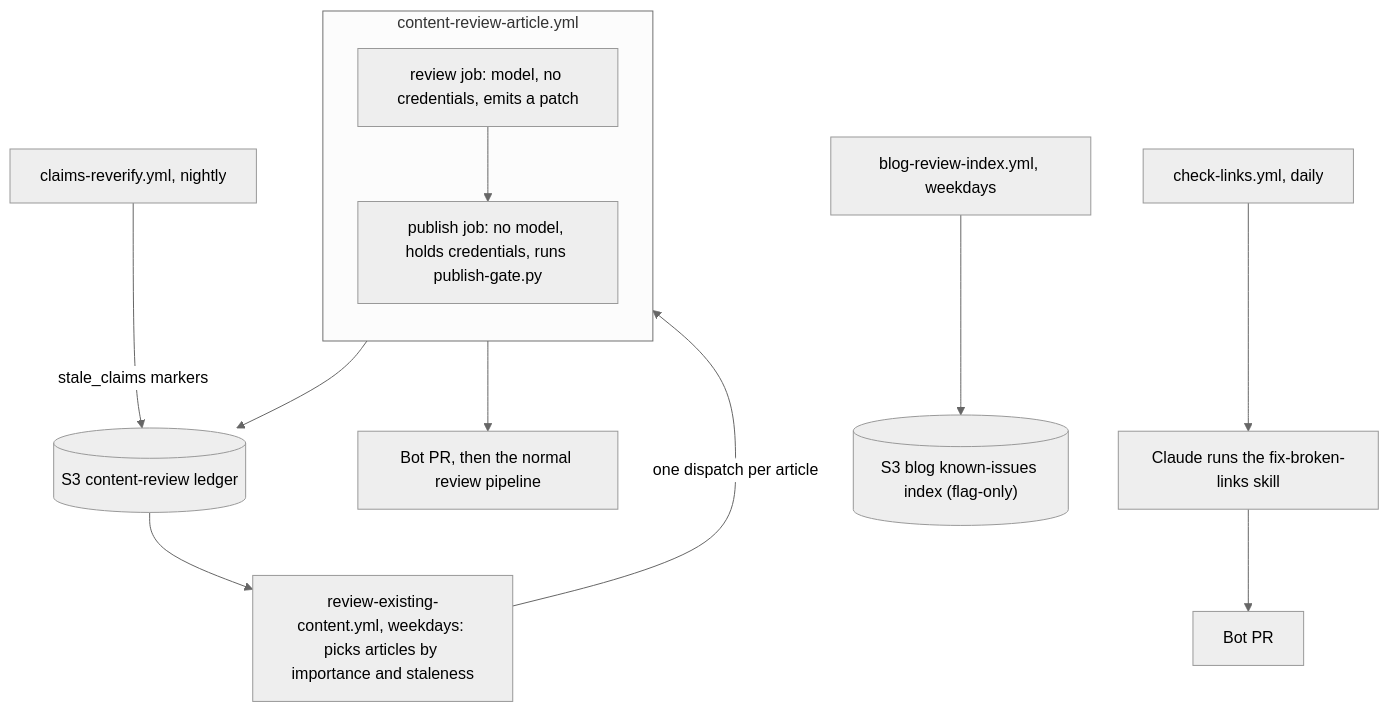
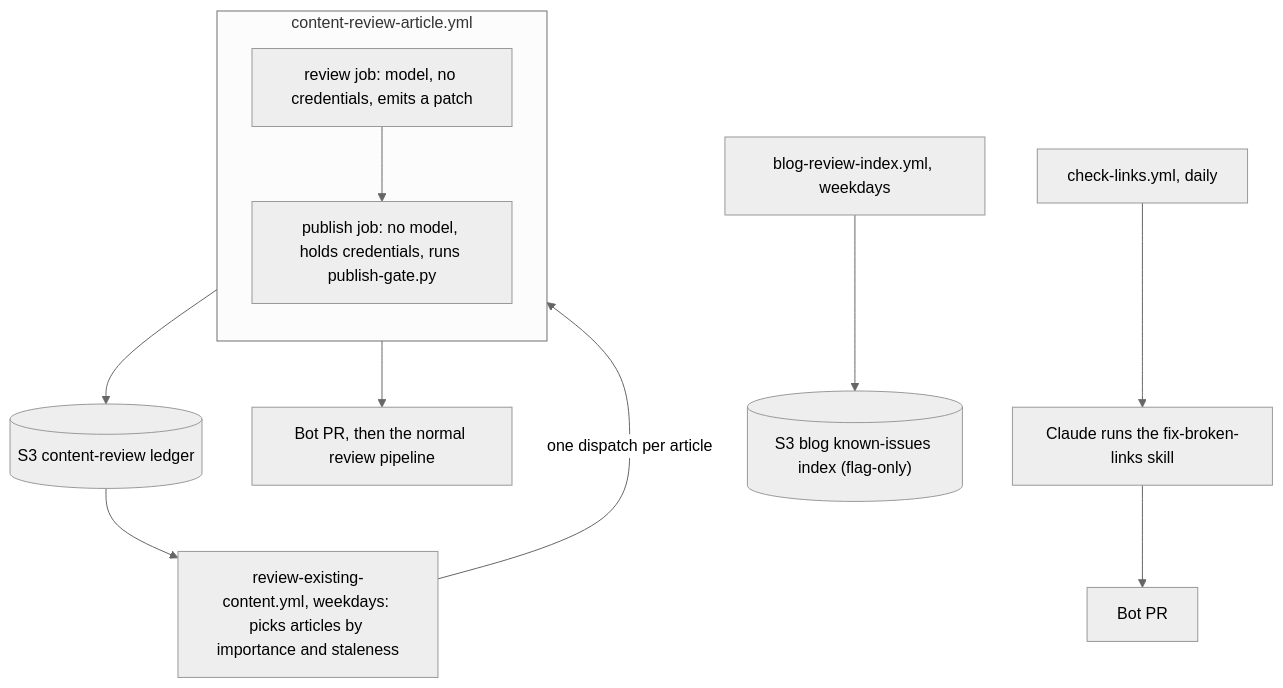
The eighth of 9 diagrams in BUILD-AND-DEPLOY.md (pulumi/docs), drawn with Mermaid (neutral theme) before and after one commit. The commit also changed other lines of this file and 24 other files, not shown here.

First line of the commit message:
Remove the nightly claims re-verify lane

````diff
--- a/BUILD-AND-DEPLOY.md
+++ b/BUILD-AND-DEPLOY.md
@@ -1358,14 +1358,13 @@
 ```mermaid
 flowchart TD
-  CR["`claims-reverify.yml, nightly`"] -->|stale_claims markers| LED[("`S3 content-review ledger`")]
-  LED --> DISP["`review-existing-content.yml, weekdays: picks articles by importance and staleness`"]
+  LED[("`S3 content-review ledger`")] --> DISP["`review-existing-content.yml, weekdays: picks articles by importance and staleness`"]
   DISP -->|one dispatch per article| RV
   subgraph W["`content-review-article.yml`"]
     direction TB
     RV["`review job: model, no credentials, emits a patch`"] --> PB["`publish job: no model, holds credentials, runs publish-gate.py`"]
   end
   PB --> LED
   PB --> BPR["`Bot PR, then the normal review pipeline`"]
   BR["`blog-review-index.yml, weekdays`"] --> BIDX[("`S3 blog known-issues index (flag-only)`")]
   CL["`check-links.yml, daily`"] --> FBL["`Claude runs the fix-broken-links skill`"] --> LPR["`Bot PR`"]
 ```
````
